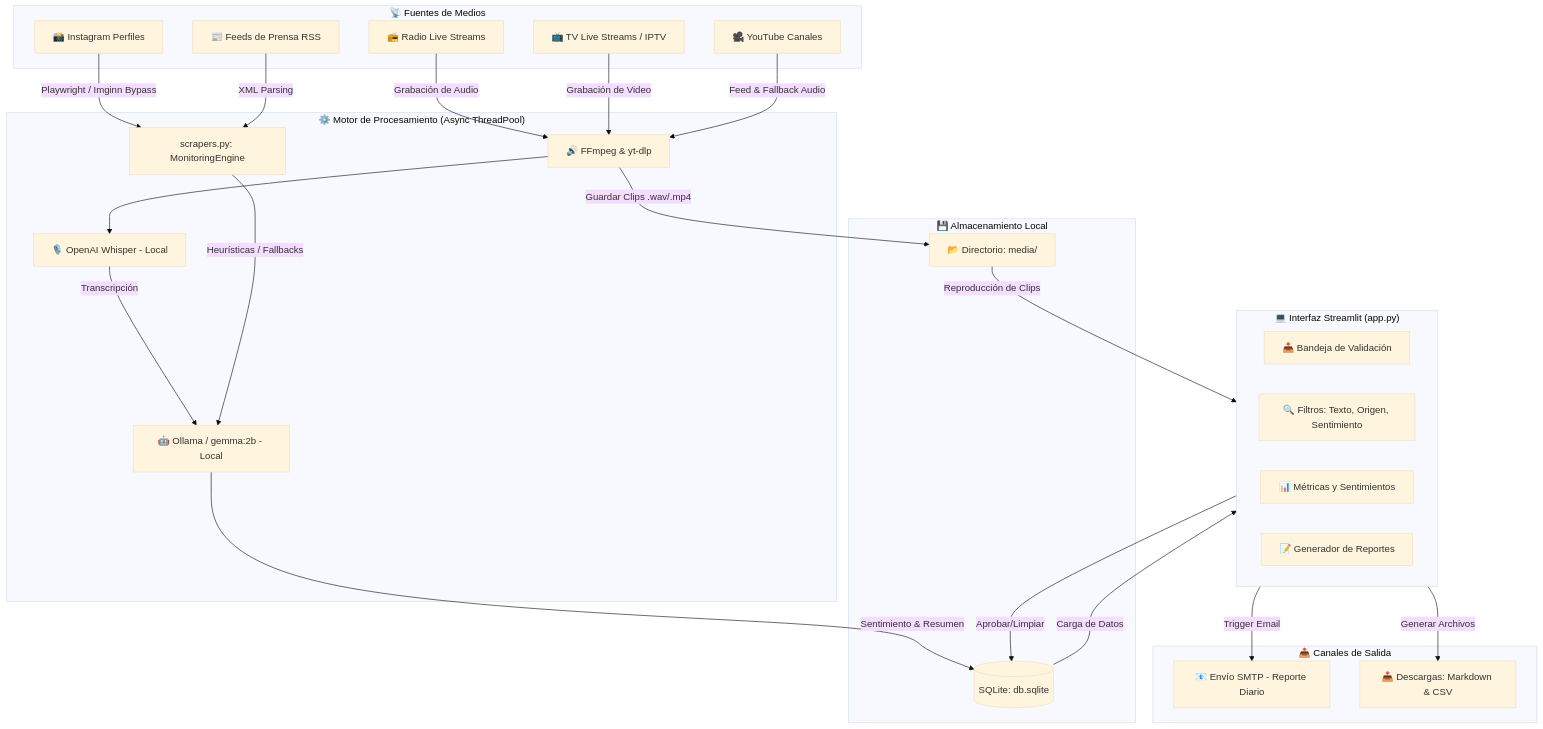
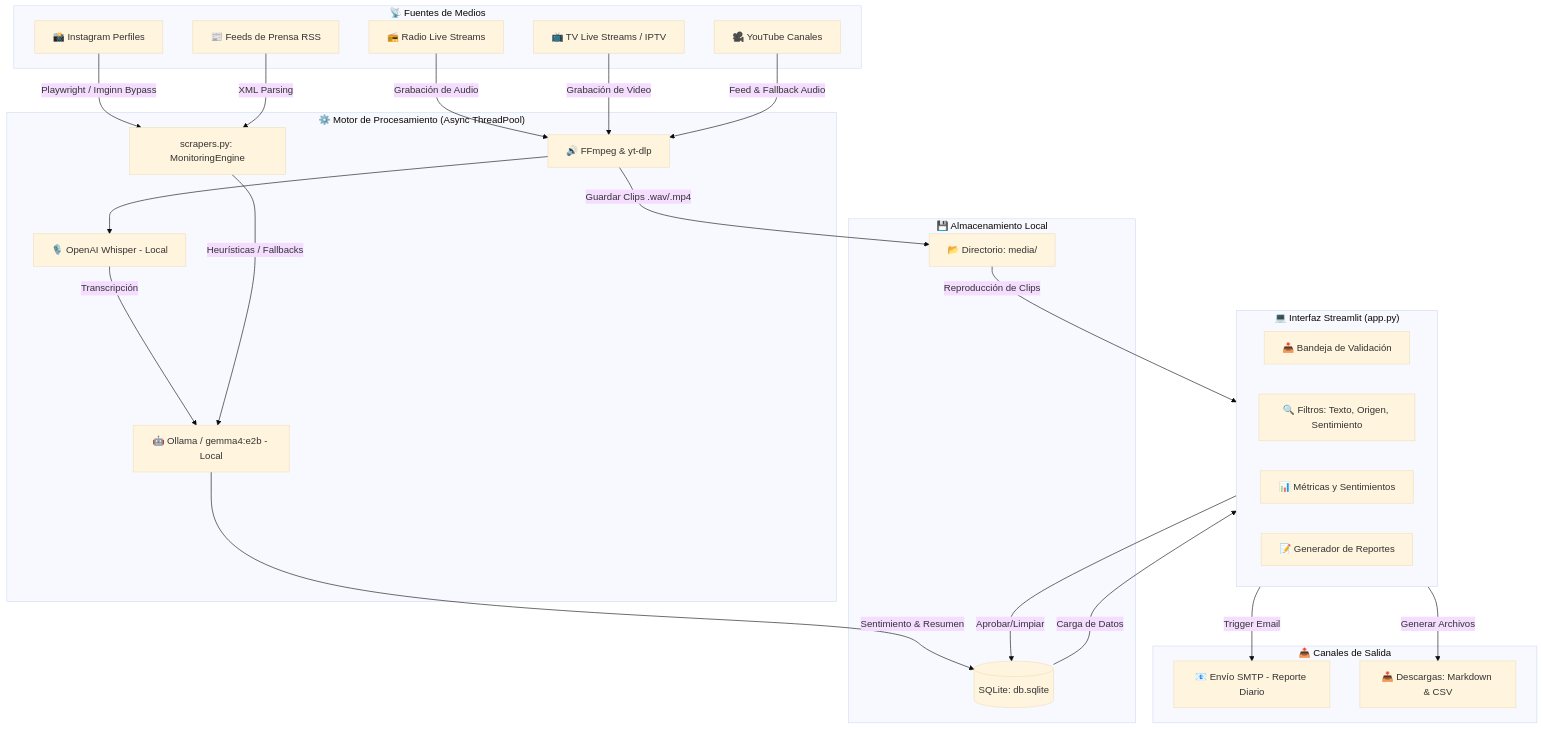
One commit to Vaporwaver/warroom changed the diagram in DOCUMENTACION.md. Above: the diagram before and after it, drawn with Mermaid (base theme). The commit also changed other lines of this file and 3 other files, not shown here.

Commit message:
Actualizado modelo local predeterminado de Ollama a Gemma 4 (gemma4:e2b)

````diff
--- a/DOCUMENTACION.md
+++ b/DOCUMENTACION.md
@@ -11,59 +11,59 @@
 ```mermaid
 graph TD
     %% Fuentes de Medios
     subgraph Fuentes ["📡 Fuentes de Medios"]
         R[📻 Radio Live Streams]
         T[📺 TV Live Streams / IPTV]
         Y[🎥 YouTube Canales]
         I[📸 Instagram Perfiles]
         RS[📰 Feeds de Prensa RSS]
     end
 
     %% Motor de Monitoreo
     subgraph Engine ["⚙️ Motor de Procesamiento (Async ThreadPool)"]
         SE[scrapers.py: MonitoringEngine]
         ffmpeg[🔊 FFmpeg & yt-dlp]
         Whisper[🎙️ OpenAI Whisper - Local]
-        Ollama[🤖 Ollama / gemma:2b - Local]
+        Ollama[🤖 Ollama / gemma4:e2b - Local]
     end
 
     %% Persistencia
     subgraph Storage ["💾 Almacenamiento Local"]
         DB[(SQLite: db.sqlite)]
         Media[📂 Directorio: media/]
     end
 
     %% Interfaz
     subgraph UI ["💻 Interfaz Streamlit (app.py)"]
         Inbox[📥 Bandeja de Validación]
         Filters[🔍 Filtros: Texto, Origen, Sentimiento]
         Stats[📊 Métricas y Sentimientos]
         Reports[📝 Generador de Reportes]
     end
 
     %% Salida
     subgraph Outputs ["📤 Canales de Salida"]
         Mail[📧 Envío SMTP - Reporte Diario]
         Files[📥 Descargas: Markdown & CSV]
     end
 
     %% Relaciones de flujo
     R -->|Grabación de Audio| ffmpeg
     T -->|Grabación de Video| ffmpeg
     Y -->|Feed & Fallback Audio| ffmpeg
     I -->|Playwright / Imginn Bypass| SE
     RS -->|XML Parsing| SE
 
     ffmpeg --> Whisper
     Whisper -->|Transcripción| Ollama
     SE -->|Heurísticas / Fallbacks| Ollama
     Ollama -->|Sentimiento & Resumen| DB
     ffmpeg -->|Guardar Clips .wav/.mp4| Media
 
     DB -->|Carga de Datos| UI
     Media -->|Reproducción de Clips| UI
 
     UI -->|Aprobar/Limpiar| DB
     UI -->|Trigger Email| Mail
     UI -->|Generar Archivos| Files
 ```
````
